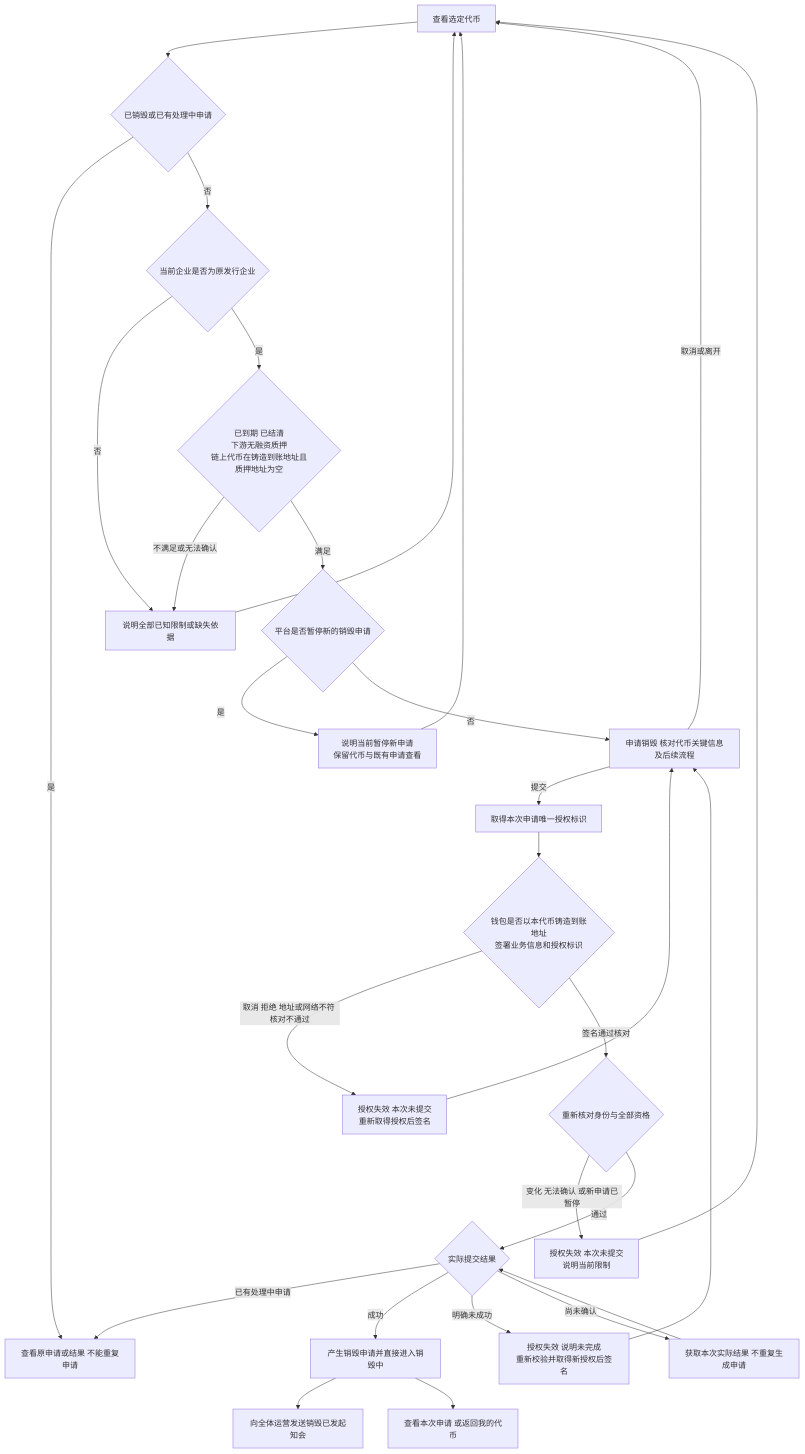
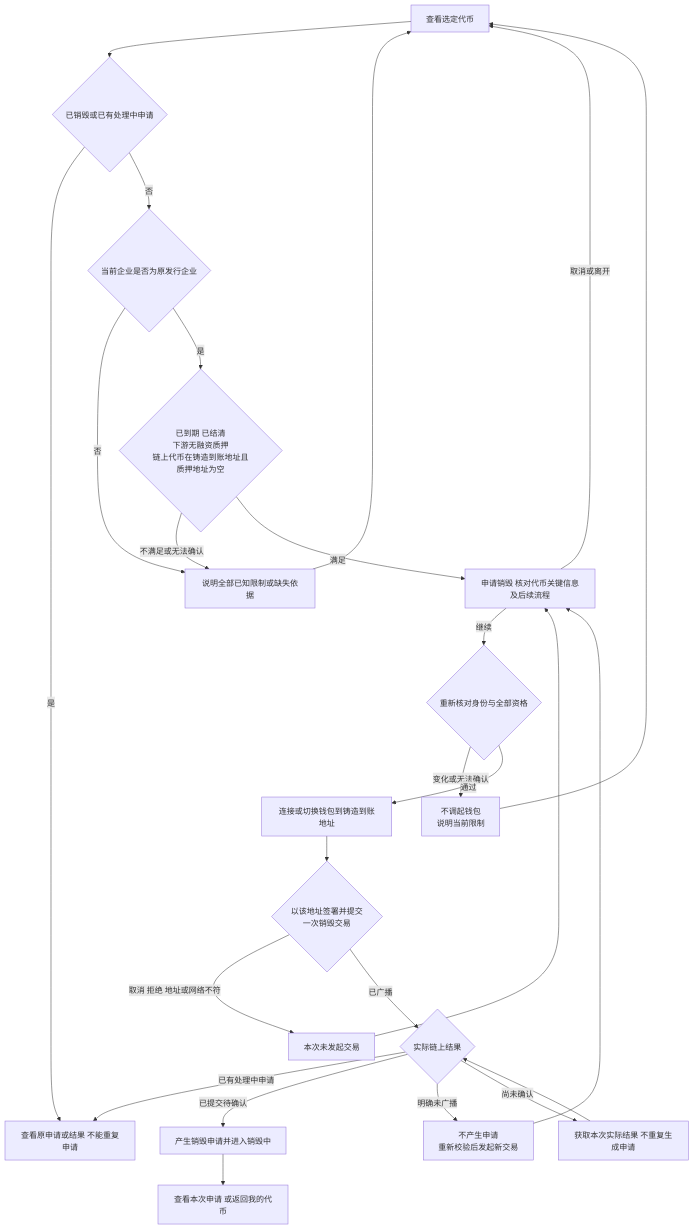
Before and after one commit to wxblockchain/Chain-Financing: the second of 4 diagrams in token-issuance-platform/PRD/面客端/M4a-我的代币与销毁申请/02-我的代币与销毁申请-流程图与状态机.md, drawn with Mermaid. The commit also changed other lines of this file and 15 other files, not shown here.

````diff
--- a/token-issuance-platform/PRD/面客端/M4a-我的代币与销毁申请/02-我的代币与销毁申请-流程图与状态机.md
+++ b/token-issuance-platform/PRD/面客端/M4a-我的代币与销毁申请/02-我的代币与销毁申请-流程图与状态机.md
@@ -42,31 +42,27 @@
 ```mermaid
 flowchart TD
     A[查看选定代币] --> B{已销毁或已有处理中申请}
     B -->|是| C[查看原申请或结果 不能重复申请]
     B -->|否| X{当前企业是否为原发行企业}
     X -->|否| E[说明全部已知限制或缺失依据]
     X -->|是| D{已到期 已结清<br/>下游无融资质押<br/>链上代币在铸造到账地址且质押地址为空}
     D -->|不满足或无法确认| E[说明全部已知限制或缺失依据]
     E --> A
-    D -->|满足| P{平台是否暂停新的销毁申请}
-    P -->|是| Q[说明当前暂停新申请<br/>保留代币与既有申请查看]
-    Q --> A
-    P -->|否| F[申请销毁 核对代币关键信息及后续流程]
+    D -->|满足| F[申请销毁 核对代币关键信息及后续流程]
     F -->|取消或离开| A
-    F -->|提交| R[取得本次申请唯一授权标识]
-    R --> S{钱包是否以本代币铸造到账地址<br/>签署业务信息和授权标识}
-    S -->|取消 拒绝 地址或网络不符 核对不通过| T[授权失效 本次未提交<br/>重新取得授权后签名]
+    F -->|继续| G{重新核对身份与全部资格}
+    G -->|变化或无法确认| H[不调起钱包<br/>说明当前限制]
+    H --> A
+    G -->|通过| R[连接或切换钱包到铸造到账地址]
+    R --> S{以该地址签署并提交<br/>一次销毁交易}
+    S -->|取消 拒绝 地址或网络不符| T[本次未发起交易]
     T --> F
-    S -->|签名通过核对| G{重新核对身份与全部资格}
-    G -->|变化 无法确认 或新申请已暂停| H[授权失效 本次未提交<br/>说明当前限制]
-    H --> A
-    G -->|通过| I{实际提交结果}
+    S -->|已广播| I{实际链上结果}
     I -->|已有处理中申请| C
-    I -->|成功| J[产生销毁申请并直接进入销毁中]
-    J --> K[向全体运营发送销毁已发起知会]
+    I -->|已提交待确认| J[产生销毁申请并进入销毁中]
     J --> L[查看本次申请 或返回我的代币]
-    I -->|明确未成功| M[授权失效 说明未完成<br/>重新校验并取得新授权后签名]
+    I -->|明确未广播| M[不产生申请<br/>重新校验后发起新交易]
     M --> F
     I -->|尚未确认| N[获取本次实际结果 不重复生成申请]
     N --> I
 ```
````
